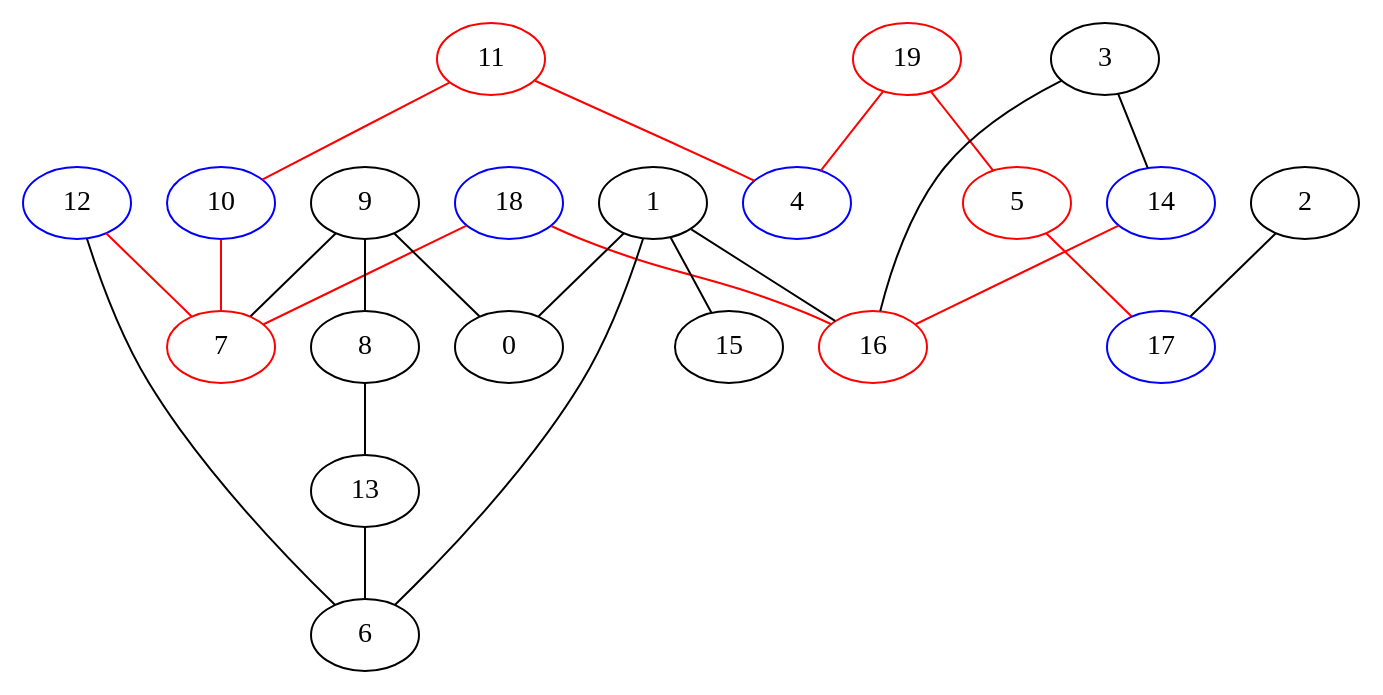
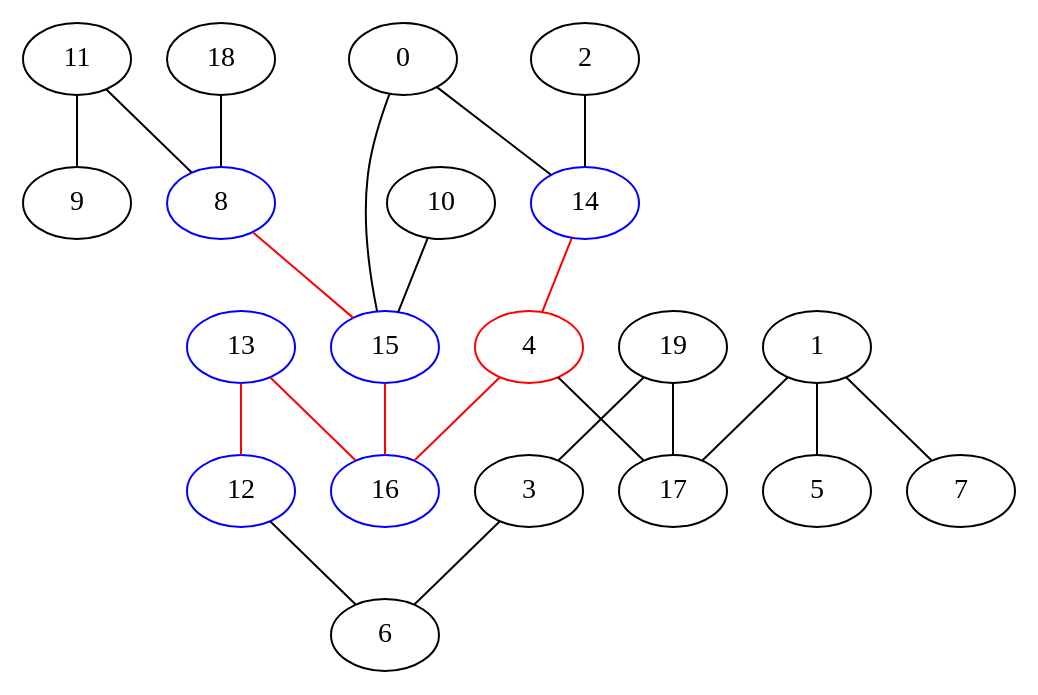
The diagram in cea/geometry/network_layout/graph.gv (architecture-building-systems/CityEnergyAnalyst), drawn with Graphviz before and after one commit. The commit also changed 3 other files, not shown here.

```diff
--- a/cea/geometry/network_layout/graph.gv
+++ b/cea/geometry/network_layout/graph.gv
@@ -1,45 +1,43 @@
 graph {
-	11 [color=red]
-	10 [color=blue]
-	13
+	11
+	10
+	13 [color=blue]
 	12 [color=blue]
-	15
+	15 [color=blue]
 	14 [color=blue]
-	17 [color=blue]
-	16 [color=red]
-	19 [color=red]
-	18 [color=blue]
+	17
+	16 [color=blue]
+	19
+	18
 	1
 	0
 	3
 	2
-	5 [color=red]
-	4 [color=blue]
-	7 [color=red]
+	5
+	4 [color=red]
+	7
 	6
 	9
-	8
-	9 -- 8
-	1 -- 6
-	19 -- 5 [color=red]
-	2 -- 17
-	3 -- 16
-	8 -- 13
+	8 [color=blue]
+	1 -- 7
+	8 -- 15 [color=red]
+	18 -- 8
+	11 -- 9
+	11 -- 8
+	19 -- 3
+	1 -- 5
+	10 -- 15
+	14 -- 4 [color=red]
+	3 -- 6
+	1 -- 17
+	4 -- 16 [color=red]
 	12 -- 6
-	18 -- 7 [color=red]
-	1 -- 0
-	14 -- 16 [color=red]
-	5 -- 17 [color=red]
-	9 -- 0
-	11 -- 4 [color=red]
-	3 -- 14
-	19 -- 4 [color=red]
-	10 -- 7 [color=red]
-	13 -- 6
-	12 -- 7 [color=red]
-	9 -- 7
-	1 -- 16
-	1 -- 15
-	18 -- 16 [color=red]
-	11 -- 10 [color=red]
+	13 -- 12 [color=red]
+	15 -- 16 [color=red]
+	19 -- 17
+	4 -- 17
+	0 -- 14
+	0 -- 15
+	2 -- 14
+	13 -- 16 [color=red]
 }
```
